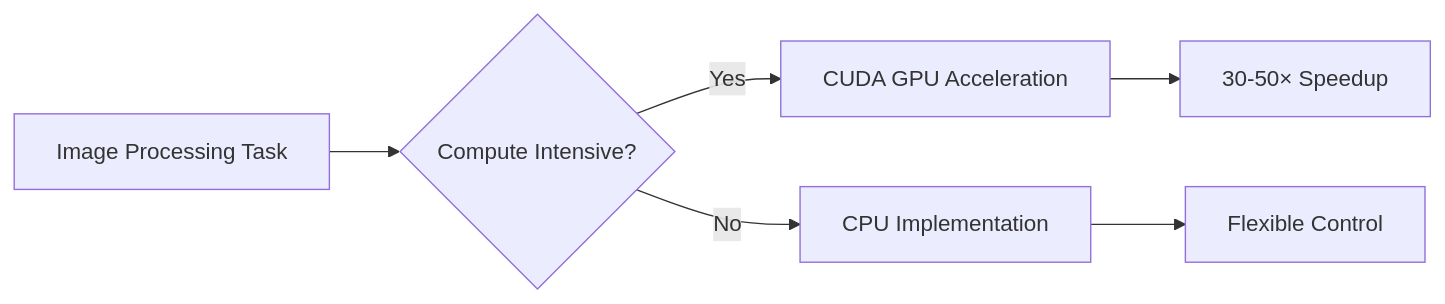
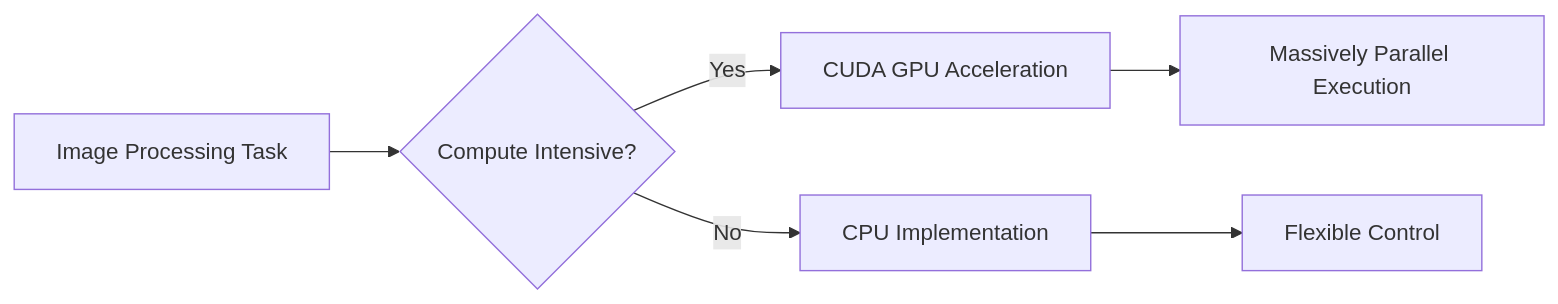
The first of 4 diagrams in docs/en/whitepaper/overview.md (vibe-knight/cudaimg), drawn with Mermaid before and after one commit. The commit also changed other lines of this file and 87 other files, not shown here.

````diff
--- a/docs/en/whitepaper/overview.md
+++ b/docs/en/whitepaper/overview.md
@@ -28,8 +28,8 @@
 ```mermaid
 flowchart LR
     A[Image Processing Task] --> B{Compute Intensive?}
     B -->|Yes| C[CUDA GPU Acceleration]
     B -->|No| D[CPU Implementation]
-    C --> E[30-50× Speedup]
+    C --> E[Massively Parallel Execution]
     D --> F[Flexible Control]
 ```
````
